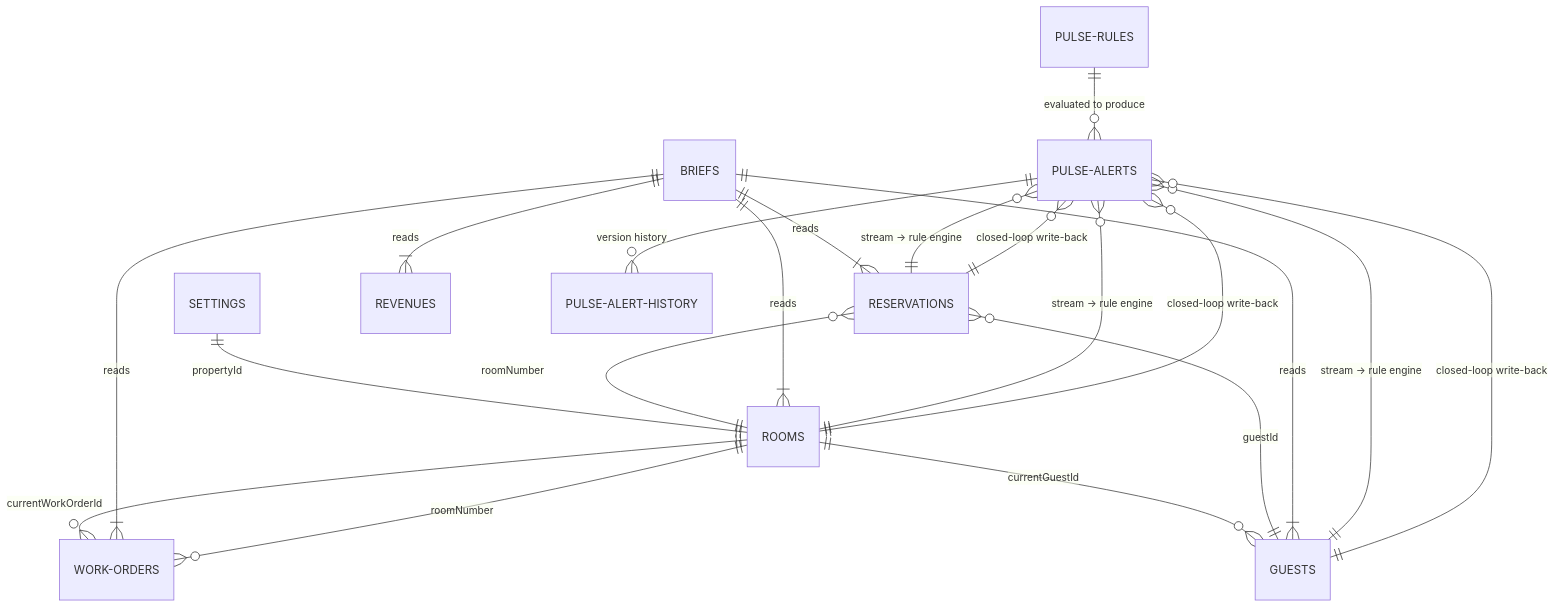
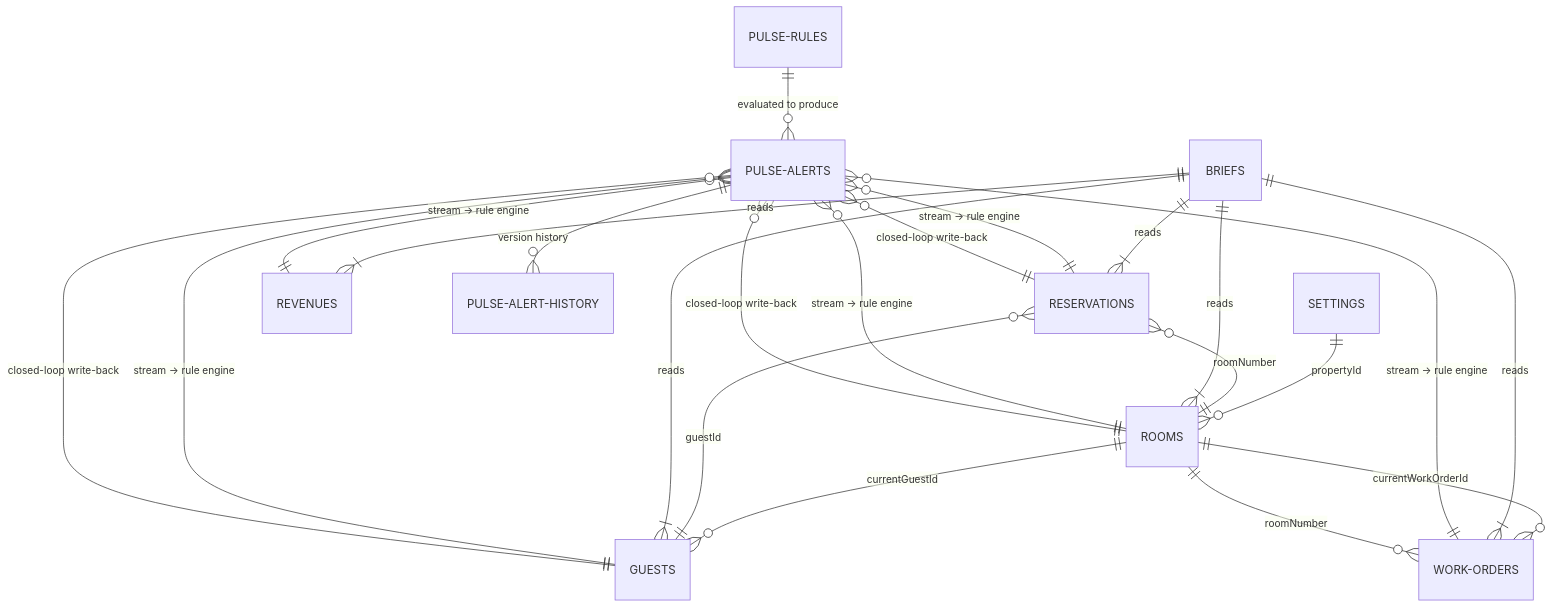
Before and after one commit to hejani/StayOS: the diagram in docs/data-model.md, drawn with Mermaid. The commit also changed other lines of this file and 81 other files, not shown here.

````diff
--- a/docs/data-model.md
+++ b/docs/data-model.md
@@ -63,22 +72,24 @@
 ```mermaid
 erDiagram
-    SETTINGS ||--|| ROOMS : "propertyId"
+    SETTINGS ||--o{ ROOMS : "propertyId"
     ROOMS ||--o{ GUESTS : "currentGuestId"
     ROOMS ||--o{ WORK-ORDERS : "currentWorkOrderId"
     RESERVATIONS }o--|| GUESTS : "guestId"
     RESERVATIONS }o--|| ROOMS : "roomNumber"
     WORK-ORDERS }o--|| ROOMS : "roomNumber"
     BRIEFS ||--|{ REVENUES : "reads"
     BRIEFS ||--|{ RESERVATIONS : "reads"
     BRIEFS ||--|{ GUESTS : "reads"
     BRIEFS ||--|{ ROOMS : "reads"
     BRIEFS ||--|{ WORK-ORDERS : "reads"
     PULSE-ALERTS }o--|| RESERVATIONS : "stream → rule engine"
     PULSE-ALERTS }o--|| ROOMS : "stream → rule engine"
     PULSE-ALERTS }o--|| GUESTS : "stream → rule engine"
+    PULSE-ALERTS }o--|| REVENUES : "stream → rule engine"
+    PULSE-ALERTS }o--|| WORK-ORDERS : "stream → rule engine"
     PULSE-RULES ||--o{ PULSE-ALERTS : "evaluated to produce"
     PULSE-ALERTS ||--o{ PULSE-ALERT-HISTORY : "version history"
     PULSE-ALERTS }o--|| RESERVATIONS : "closed-loop write-back"
     PULSE-ALERTS }o--|| ROOMS : "closed-loop write-back"
     PULSE-ALERTS }o--|| GUESTS : "closed-loop write-back"
 ```
````
